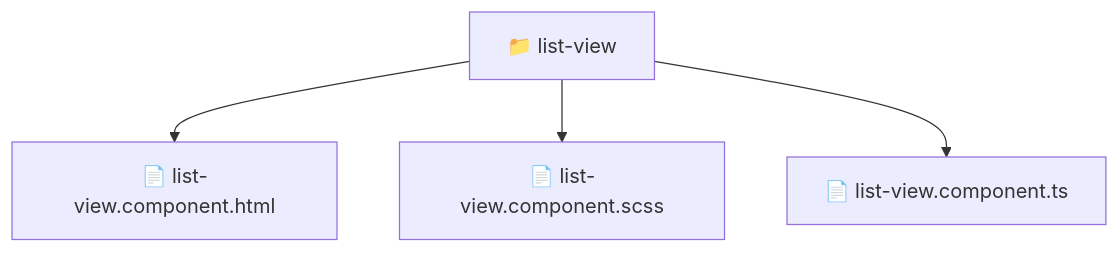
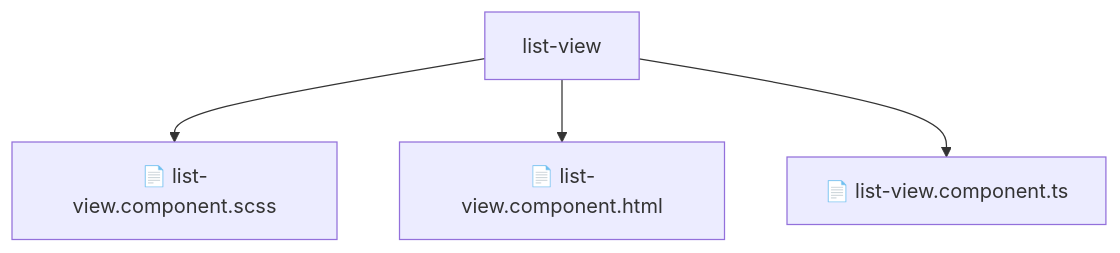
One commit to beginwebdev2002/fullstack-mavluda changed the diagram in frontend/src/shared/ui/list-view/README.md. Above: the diagram before and after it, drawn with Mermaid. The commit also changed other lines of this file and 155 other files, not shown here.

````diff
--- a/frontend/src/shared/ui/list-view/README.md
+++ b/frontend/src/shared/ui/list-view/README.md
@@ -10,7 +14,7 @@
 ```mermaid
 graph TD
-  Root["📁 list-view"]
-  Root --> listviewcomponenthtml["📄 list-view.component.html"]
-  Root --> listviewcomponentscss["📄 list-view.component.scss"]
-  Root --> listviewcomponentts["📄 list-view.component.ts"]
+    Root[list-view]
+    Root --> F0[📄 list-view.component.scss]
+    Root --> F1[📄 list-view.component.html]
+    Root --> F2[📄 list-view.component.ts]
 ```
````
